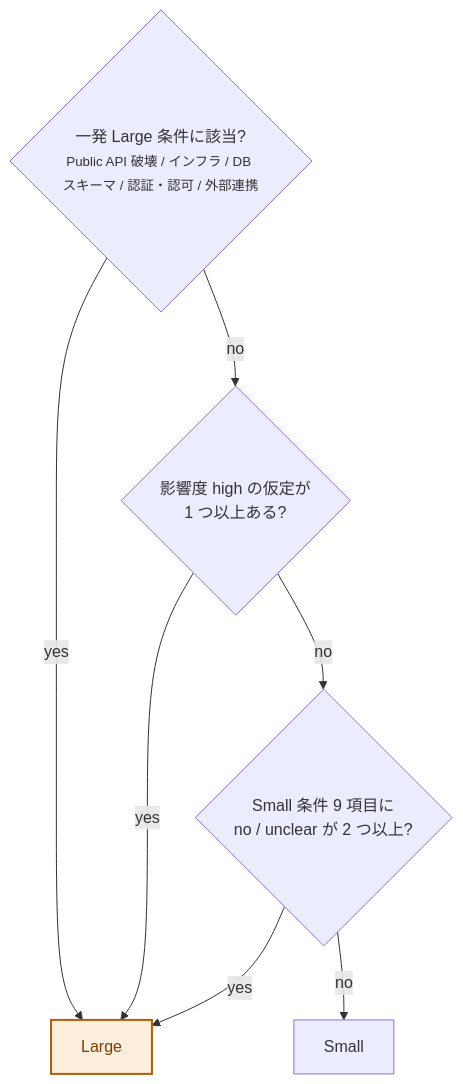
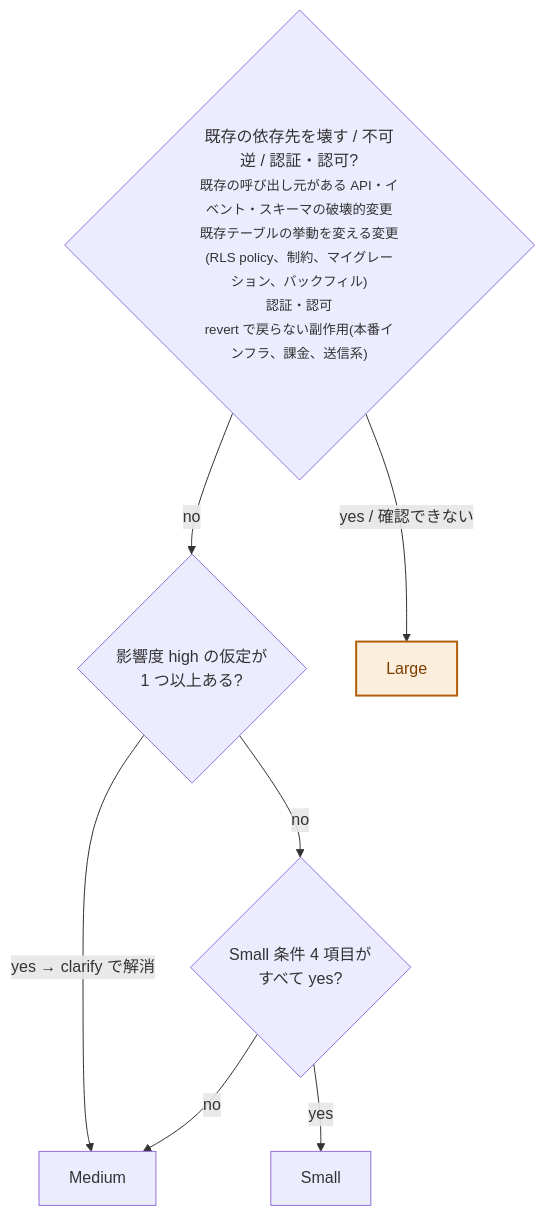
The second of 12 diagrams in docs/tama-cc-devflow.md (tamashiro-syuta/tama-cc-kit), drawn with Mermaid before and after one commit. The commit also changed other lines of this file and 13 other files, not shown here.

First line of the commit message:
feat: Small / Medium / Large の 3 段階ルーティングと Medium フローを追加

````diff
--- a/docs/tama-cc-devflow.md
+++ b/docs/tama-cc-devflow.md
@@ -71,17 +76,18 @@
 ```mermaid
 flowchart TD
     classDef human fill:#fbeedc,stroke:#b25e0a,stroke-width:2px,color:#7a3f00
 
-    q1{"一発 Large 条件に該当?<br/><small>Public API 破壊 / インフラ / DB スキーマ / 認証・認可 / 外部連携</small>"}
+    q1{"既存の依存先を壊す / 不可逆 / 認証・認可?<br/><small>既存の呼び出し元がある API・イベント・スキーマの破壊的変更<br/>既存テーブルの挙動を変える変更(RLS policy、制約、マイグレーション、バックフィル)<br/>認証・認可<br/>revert で戻らない副作用(本番インフラ、課金、送信系)</small>"}
     q2{"影響度 high の仮定が<br/>1 つ以上ある?"}
-    q3{"Small 条件 9 項目に<br/>no / unclear が 2 つ以上?"}
+    q3{"Small 条件 4 項目が<br/>すべて yes?"}
     L[Large]:::human
+    M[Medium]
     S[Small]
 
-    q1 -- yes --> L
+    q1 -- "yes / 確認できない" --> L
     q1 -- no --> q2
-    q2 -- yes --> L
+    q2 -- "yes → clarify で解消" --> M
     q2 -- no --> q3
-    q3 -- yes --> L
-    q3 -- no --> S
+    q3 -- yes --> S
+    q3 -- no --> M
 ```
````
